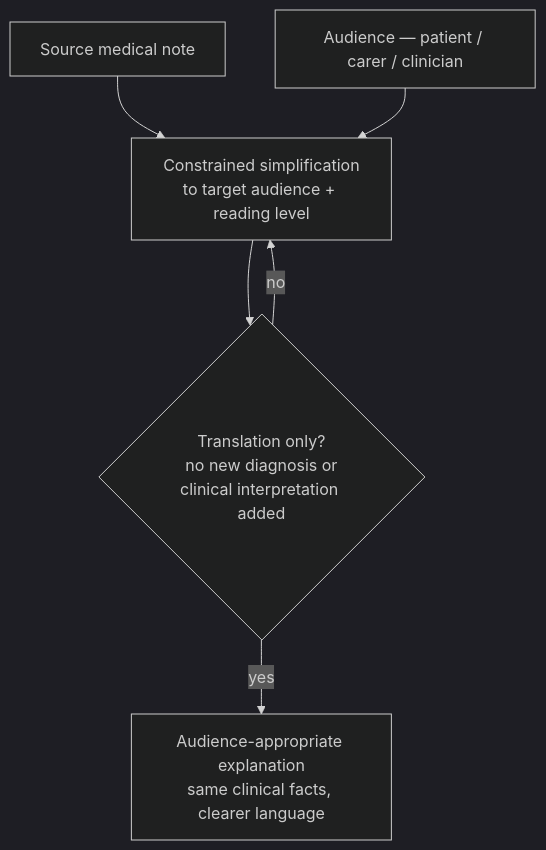
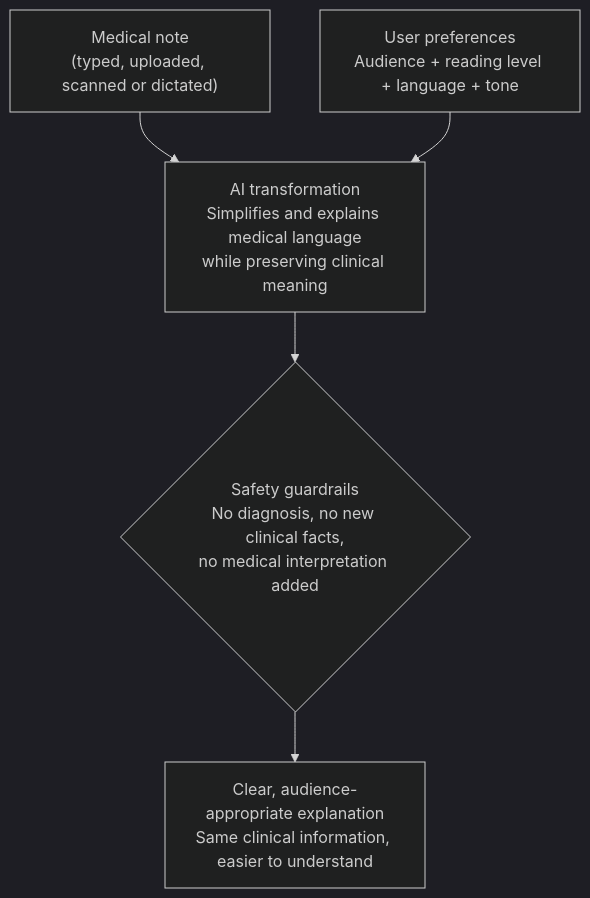
The first of 3 diagrams in README.md (nickjlamb/nickjlamb), drawn with Mermaid (dark theme) before and after one commit.

Commit message:
docs: update Patiently AI flow diagram

````diff
--- a/README.md
+++ b/README.md
@@ -30,8 +30,12 @@
 ```mermaid
 flowchart TD
-    A["Source medical note"] --> T["Constrained simplification<br/>to target audience + reading level"]
-    Au["Audience — patient / carer / clinician"] --> T
-    T --> G{"Translation only?<br/>no new diagnosis or<br/>clinical interpretation added"}
-    G -- no --> T
-    G -- yes --> O["Audience-appropriate explanation<br/>same clinical facts, clearer language"]
+    A["Medical note<br/>(typed, uploaded, scanned or dictated)"] --> T
+
+    U["User preferences<br/>Audience + reading level + language + tone"] --> T
+
+    T["AI transformation<br/>Simplifies and explains medical language<br/>while preserving clinical meaning"] --> S
+
+    S{"Safety guardrails<br/>No diagnosis, no new clinical facts,<br/>no medical interpretation added"}
+
+    S --> O["Clear, audience-appropriate explanation<br/>Same clinical information, easier to understand"]
 ```
````
